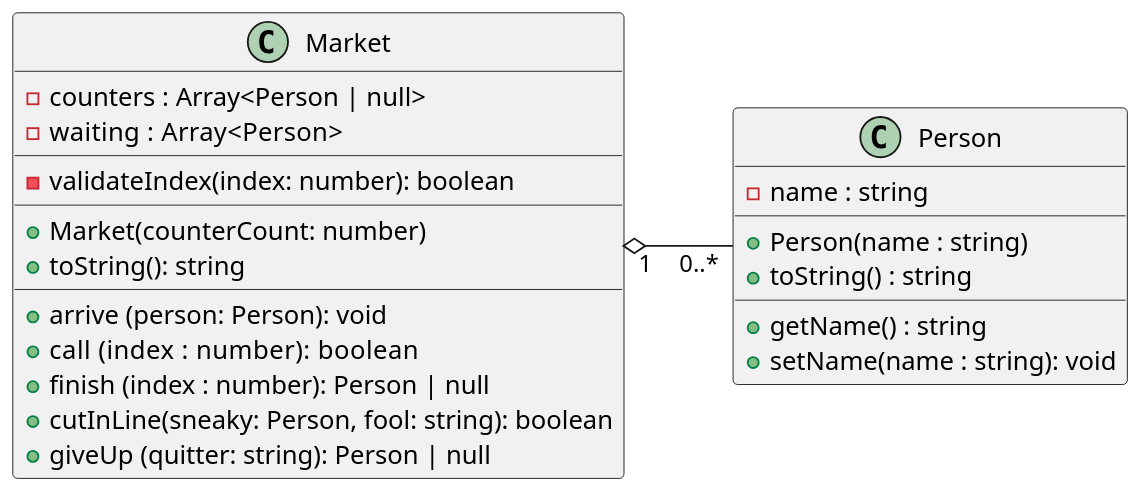
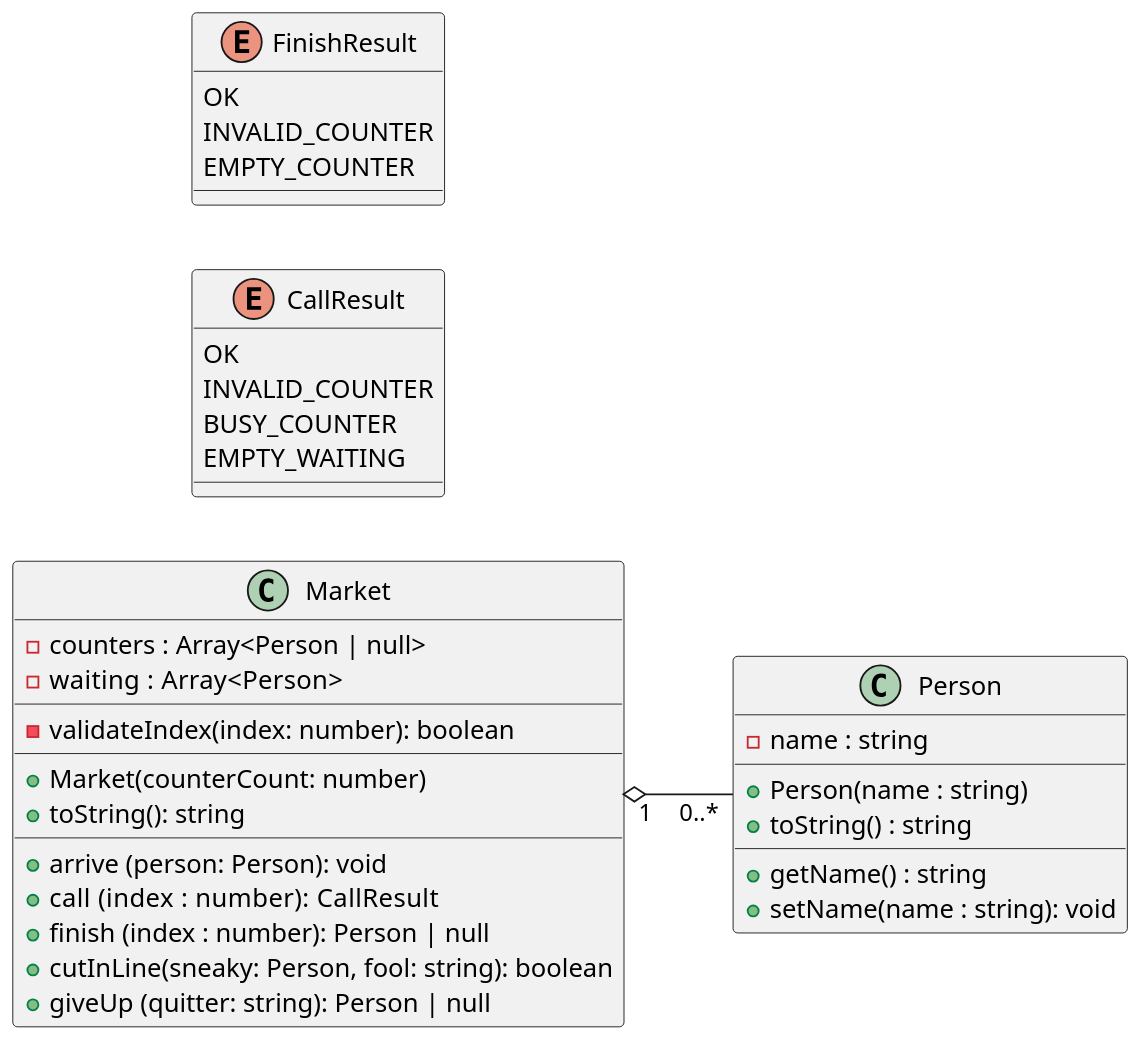
Before and after one commit to qxcodepoo/arcade: the diagram in labs/budega/assets/diagrama.puml, drawn with PlantUML. The commit also changed 5 other files, not shown here.

```diff
--- a/labs/budega/assets/diagrama.puml
+++ b/labs/budega/assets/diagrama.puml
@@ -1,34 +1,47 @@
 @startuml
 
 skinparam defaultFontName "Source Code Pro"
 skinparam dpi 150
 left to right direction
 
 class Person {
   - name : string
   __
   + Person(name : string)
   + toString() : string
   __
   + getName() : string
   + setName(name : string): void
 }
 
+enum CallResult {
+  OK
+  INVALID_COUNTER
+  BUSY_COUNTER
+  EMPTY_WAITING
+}
+
+enum FinishResult {
+  OK
+  INVALID_COUNTER
+  EMPTY_COUNTER
+}
+
 class Market {
   - counters : Array<Person | null>
   - waiting  : Array<Person>
   __
   - validateIndex(index: number): boolean
   __
   + Market(counterCount: number)
   + toString(): string
   __
   + arrive (person: Person): void
-  + call   (index : number): boolean
+  + call   (index : number): CallResult
   + finish (index : number): Person | null
   + cutInLine(sneaky: Person, fool: string): boolean
   + giveUp (quitter: string): Person | null
 }
 
 Market "1" o-- "0..*" Person
 @enduml
```
